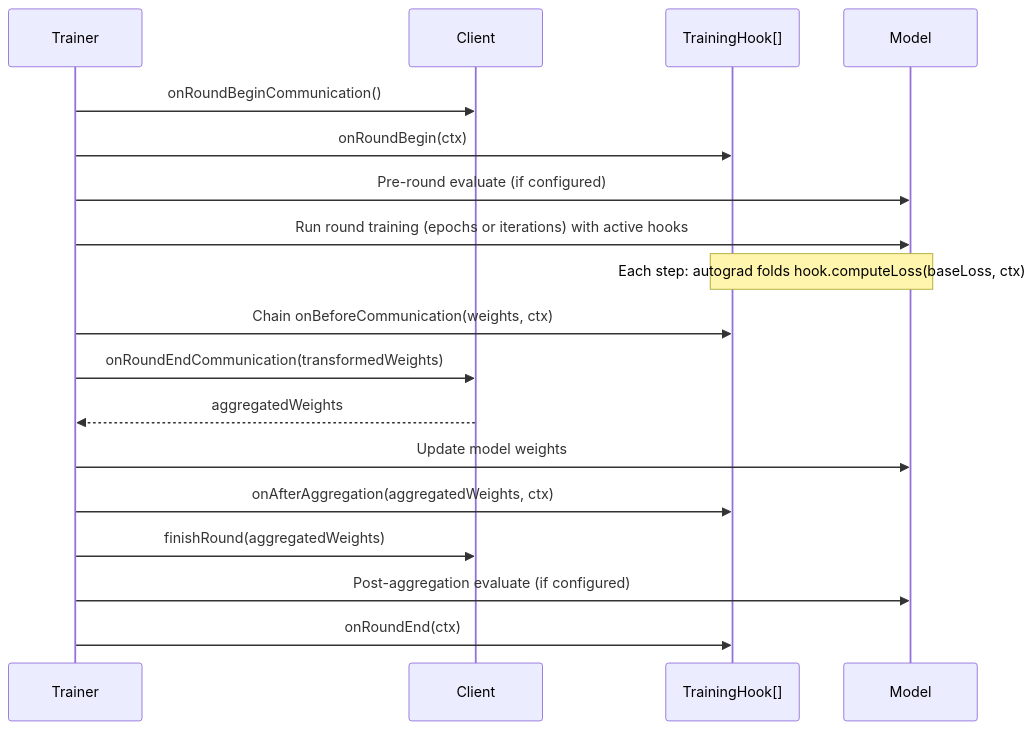
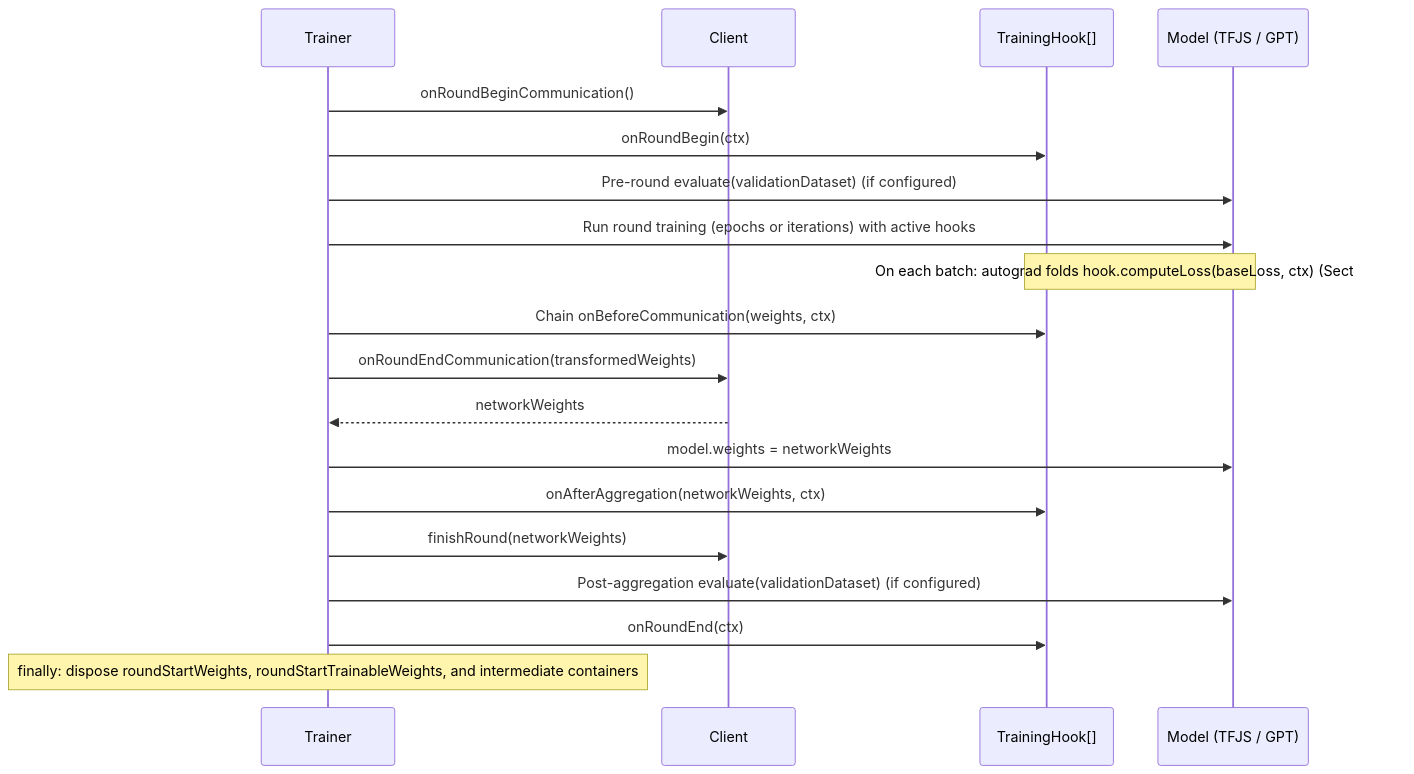
Before and after one commit to epfml/disco: the third of 3 diagrams in docs/TRAINING_ARCHITECTURE.md, drawn with Mermaid. The commit also changed other lines of this file, not shown here.

````diff
--- a/docs/TRAINING_ARCHITECTURE.md
+++ b/docs/TRAINING_ARCHITECTURE.md
@@ -231,21 +427,22 @@
 ```mermaid
 sequenceDiagram
     participant T as Trainer
     participant C as Client
     participant H as TrainingHook[]
-    participant M as Model
+    participant M as Model (TFJS / GPT)
 
     T->>C: onRoundBeginCommunication()
     T->>H: onRoundBegin(ctx)
-    T->>M: Pre-round evaluate (if configured)
+    T->>M: Pre-round evaluate(validationDataset) (if configured)
     T->>M: Run round training (epochs or iterations) with active hooks
-    Note over M,H: Each step: autograd folds hook.computeLoss(baseLoss, ctx)
+    Note over M,H: On each batch: autograd folds hook.computeLoss(baseLoss, ctx) (Section 3.3)
     T->>H: Chain onBeforeCommunication(weights, ctx)
     T->>C: onRoundEndCommunication(transformedWeights)
-    C-->>T: aggregatedWeights
-    T->>M: Update model weights
-    T->>H: onAfterAggregation(aggregatedWeights, ctx)
-    T->>C: finishRound(aggregatedWeights)
-    T->>M: Post-aggregation evaluate (if configured)
+    C-->>T: networkWeights
+    T->>M: model.weights = networkWeights
+    T->>H: onAfterAggregation(networkWeights, ctx)
+    T->>C: finishRound(networkWeights)
+    T->>M: Post-aggregation evaluate(validationDataset) (if configured)
     T->>H: onRoundEnd(ctx)
+    Note over T: finally: dispose roundStartWeights, roundStartTrainableWeights, and intermediate containers
 ```
````
